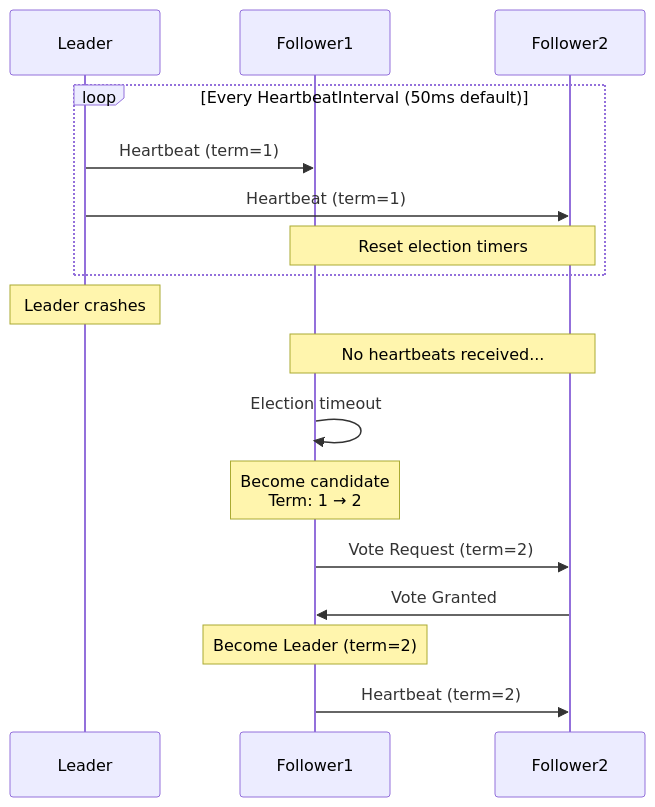
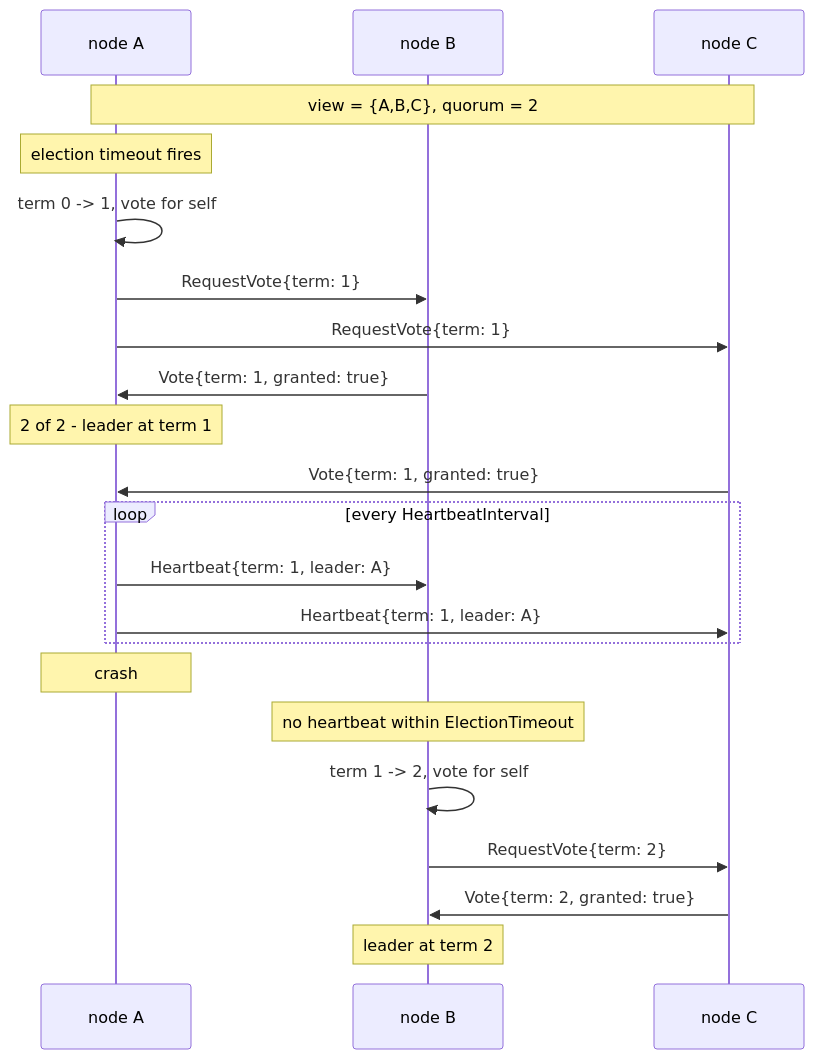
One commit to ergo-services/ergo changed the diagram in docs/extra-library/actors/leader.md. Above: the diagram before and after it, drawn with Mermaid. The commit also changed other lines of this file and 556 other files, not shown here.

````diff
--- a/docs/extra-library/actors/leader.md
+++ b/docs/extra-library/actors/leader.md
@@ -133,24 +36,28 @@
 ```mermaid
 sequenceDiagram
-    participant L as Leader
-    participant F1 as Follower1
-    participant F2 as Follower2
-    
-    loop Every HeartbeatInterval (50ms default)
-        L->>F1: Heartbeat (term=1)
-        L->>F2: Heartbeat (term=1)
-        Note over F1,F2: Reset election timers
+    participant A as node A
+    participant B as node B
+    participant C as node C
+
+    Note over A,C: view = {A,B,C}, quorum = 2
+
+    Note over A: election timeout fires
+    A->>A: term 0 -> 1, vote for self
+    A->>B: RequestVote{term: 1}
+    A->>C: RequestVote{term: 1}
+    B->>A: Vote{term: 1, granted: true}
+    Note over A: 2 of 2 - leader at term 1
+    C->>A: Vote{term: 1, granted: true}
+
+    loop every HeartbeatInterval
+        A->>B: Heartbeat{term: 1, leader: A}
+        A->>C: Heartbeat{term: 1, leader: A}
     end
-    
-    Note over L: Leader crashes
-    
-    Note over F1,F2: No heartbeats received...
-    
-    F1->>F1: Election timeout
-    Note over F1: Become candidate<br/>Term: 1 → 2
-    F1->>F2: Vote Request (term=2)
-    F2->>F1: Vote Granted
-    Note over F1: Become Leader (term=2)
-    
-    F1->>F2: Heartbeat (term=2)
+
+    Note over A: crash
+    Note over B: no heartbeat within ElectionTimeout
+    B->>B: term 1 -> 2, vote for self
+    B->>C: RequestVote{term: 2}
+    C->>B: Vote{term: 2, granted: true}
+    Note over B: leader at term 2
 ```
````
